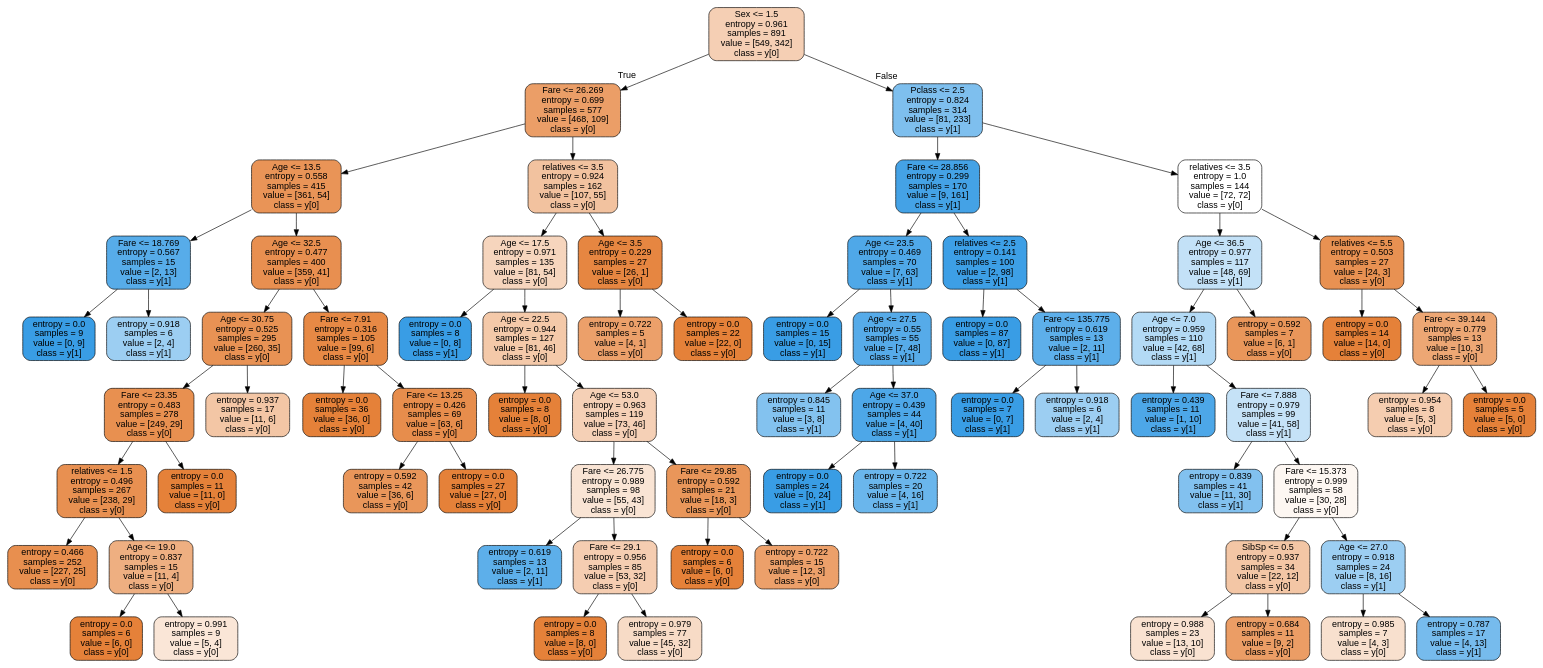
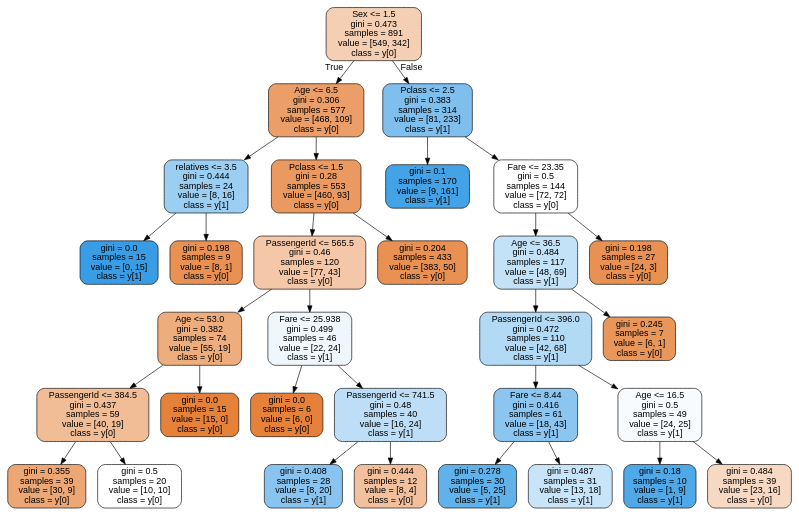
Before and after one commit to Krediann/DAKO_ryhma3: the diagram in images/titanic_final.dot, drawn with Graphviz. The commit also changed 6 other files, not shown here.

```diff
--- a/images/titanic_final.dot
+++ b/images/titanic_final.dot
@@ -1,145 +1,65 @@
 digraph Tree {
 node [shape=box, style="filled, rounded", color="black", fontname=helvetica] ;
 edge [fontname=helvetica] ;
-0 [label="Sex <= 1.5\nentropy = 0.961\nsamples = 891\nvalue = [549, 342]\nclass = y[0]", fillcolor="#f5cfb4"] ;
-1 [label="Fare <= 26.269\nentropy = 0.699\nsamples = 577\nvalue = [468, 109]\nclass = y[0]", fillcolor="#eb9e67"] ;
+0 [label="Sex <= 1.5\ngini = 0.473\nsamples = 891\nvalue = [549, 342]\nclass = y[0]", fillcolor="#f5cfb4"] ;
+1 [label="Age <= 6.5\ngini = 0.306\nsamples = 577\nvalue = [468, 109]\nclass = y[0]", fillcolor="#eb9e67"] ;
 0 -> 1 [labeldistance=2.5, labelangle=45, headlabel="True"] ;
-5 [label="Age <= 13.5\nentropy = 0.558\nsamples = 415\nvalue = [361, 54]\nclass = y[0]", fillcolor="#e99457"] ;
+5 [label="relatives <= 3.5\ngini = 0.444\nsamples = 24\nvalue = [8, 16]\nclass = y[1]", fillcolor="#9ccef2"] ;
 1 -> 5 ;
-7 [label="Fare <= 18.769\nentropy = 0.567\nsamples = 15\nvalue = [2, 13]\nclass = y[1]", fillcolor="#57ace9"] ;
-5 -> 7 ;
-37 [label="entropy = 0.0\nsamples = 9\nvalue = [0, 9]\nclass = y[1]", fillcolor="#399de5"] ;
-7 -> 37 ;
-38 [label="entropy = 0.918\nsamples = 6\nvalue = [2, 4]\nclass = y[1]", fillcolor="#9ccef2"] ;
-7 -> 38 ;
-8 [label="Age <= 32.5\nentropy = 0.477\nsamples = 400\nvalue = [359, 41]\nclass = y[0]", fillcolor="#e88f50"] ;
-5 -> 8 ;
-43 [label="Age <= 30.75\nentropy = 0.525\nsamples = 295\nvalue = [260, 35]\nclass = y[0]", fillcolor="#e89254"] ;
-8 -> 43 ;
-45 [label="Fare <= 23.35\nentropy = 0.483\nsamples = 278\nvalue = [249, 29]\nclass = y[0]", fillcolor="#e89050"] ;
-43 -> 45 ;
-55 [label="relatives <= 1.5\nentropy = 0.496\nsamples = 267\nvalue = [238, 29]\nclass = y[0]", fillcolor="#e89051"] ;
-45 -> 55 ;
-57 [label="entropy = 0.466\nsamples = 252\nvalue = [227, 25]\nclass = y[0]", fillcolor="#e88f4f"] ;
-55 -> 57 ;
-58 [label="Age <= 19.0\nentropy = 0.837\nsamples = 15\nvalue = [11, 4]\nclass = y[0]", fillcolor="#eeaf81"] ;
-55 -> 58 ;
-59 [label="entropy = 0.0\nsamples = 6\nvalue = [6, 0]\nclass = y[0]", fillcolor="#e58139"] ;
-58 -> 59 ;
-60 [label="entropy = 0.991\nsamples = 9\nvalue = [5, 4]\nclass = y[0]", fillcolor="#fae6d7"] ;
-58 -> 60 ;
-56 [label="entropy = 0.0\nsamples = 11\nvalue = [11, 0]\nclass = y[0]", fillcolor="#e58139"] ;
-45 -> 56 ;
-46 [label="entropy = 0.937\nsamples = 17\nvalue = [11, 6]\nclass = y[0]", fillcolor="#f3c6a5"] ;
-43 -> 46 ;
-44 [label="Fare <= 7.91\nentropy = 0.316\nsamples = 105\nvalue = [99, 6]\nclass = y[0]", fillcolor="#e78945"] ;
-8 -> 44 ;
-47 [label="entropy = 0.0\nsamples = 36\nvalue = [36, 0]\nclass = y[0]", fillcolor="#e58139"] ;
-44 -> 47 ;
-48 [label="Fare <= 13.25\nentropy = 0.426\nsamples = 69\nvalue = [63, 6]\nclass = y[0]", fillcolor="#e78d4c"] ;
-44 -> 48 ;
-49 [label="entropy = 0.592\nsamples = 42\nvalue = [36, 6]\nclass = y[0]", fillcolor="#e9965a"] ;
-48 -> 49 ;
-50 [label="entropy = 0.0\nsamples = 27\nvalue = [27, 0]\nclass = y[0]", fillcolor="#e58139"] ;
-48 -> 50 ;
-6 [label="relatives <= 3.5\nentropy = 0.924\nsamples = 162\nvalue = [107, 55]\nclass = y[0]", fillcolor="#f2c29f"] ;
+11 [label="gini = 0.0\nsamples = 15\nvalue = [0, 15]\nclass = y[1]", fillcolor="#399de5"] ;
+5 -> 11 ;
+12 [label="gini = 0.198\nsamples = 9\nvalue = [8, 1]\nclass = y[0]", fillcolor="#e89152"] ;
+5 -> 12 ;
+6 [label="Pclass <= 1.5\ngini = 0.28\nsamples = 553\nvalue = [460, 93]\nclass = y[0]", fillcolor="#ea9a61"] ;
 1 -> 6 ;
-11 [label="Age <= 17.5\nentropy = 0.971\nsamples = 135\nvalue = [81, 54]\nclass = y[0]", fillcolor="#f6d5bd"] ;
-6 -> 11 ;
-13 [label="entropy = 0.0\nsamples = 8\nvalue = [0, 8]\nclass = y[1]", fillcolor="#399de5"] ;
-11 -> 13 ;
-14 [label="Age <= 22.5\nentropy = 0.944\nsamples = 127\nvalue = [81, 46]\nclass = y[0]", fillcolor="#f4c9a9"] ;
-11 -> 14 ;
-15 [label="entropy = 0.0\nsamples = 8\nvalue = [8, 0]\nclass = y[0]", fillcolor="#e58139"] ;
+7 [label="PassengerId <= 565.5\ngini = 0.46\nsamples = 120\nvalue = [77, 43]\nclass = y[0]", fillcolor="#f4c7a8"] ;
+6 -> 7 ;
+13 [label="Age <= 53.0\ngini = 0.382\nsamples = 74\nvalue = [55, 19]\nclass = y[0]", fillcolor="#eead7d"] ;
+7 -> 13 ;
+19 [label="PassengerId <= 384.5\ngini = 0.437\nsamples = 59\nvalue = [40, 19]\nclass = y[0]", fillcolor="#f1bd97"] ;
+13 -> 19 ;
+29 [label="gini = 0.355\nsamples = 39\nvalue = [30, 9]\nclass = y[0]", fillcolor="#eda774"] ;
+19 -> 29 ;
+30 [label="gini = 0.5\nsamples = 20\nvalue = [10, 10]\nclass = y[0]", fillcolor="#ffffff"] ;
+19 -> 30 ;
+20 [label="gini = 0.0\nsamples = 15\nvalue = [15, 0]\nclass = y[0]", fillcolor="#e58139"] ;
+13 -> 20 ;
+14 [label="Fare <= 25.938\ngini = 0.499\nsamples = 46\nvalue = [22, 24]\nclass = y[1]", fillcolor="#eff7fd"] ;
+7 -> 14 ;
+15 [label="gini = 0.0\nsamples = 6\nvalue = [6, 0]\nclass = y[0]", fillcolor="#e58139"] ;
 14 -> 15 ;
-16 [label="Age <= 53.0\nentropy = 0.963\nsamples = 119\nvalue = [73, 46]\nclass = y[0]", fillcolor="#f5d0b6"] ;
+16 [label="PassengerId <= 741.5\ngini = 0.48\nsamples = 40\nvalue = [16, 24]\nclass = y[1]", fillcolor="#bddef6"] ;
 14 -> 16 ;
-17 [label="Fare <= 26.775\nentropy = 0.989\nsamples = 98\nvalue = [55, 43]\nclass = y[0]", fillcolor="#f9e4d4"] ;
-16 -> 17 ;
-19 [label="entropy = 0.619\nsamples = 13\nvalue = [2, 11]\nclass = y[1]", fillcolor="#5dafea"] ;
-17 -> 19 ;
-20 [label="Fare <= 29.1\nentropy = 0.956\nsamples = 85\nvalue = [53, 32]\nclass = y[0]", fillcolor="#f5cdb1"] ;
-17 -> 20 ;
-21 [label="entropy = 0.0\nsamples = 8\nvalue = [8, 0]\nclass = y[0]", fillcolor="#e58139"] ;
-20 -> 21 ;
-22 [label="entropy = 0.979\nsamples = 77\nvalue = [45, 32]\nclass = y[0]", fillcolor="#f7dbc6"] ;
-20 -> 22 ;
-18 [label="Fare <= 29.85\nentropy = 0.592\nsamples = 21\nvalue = [18, 3]\nclass = y[0]", fillcolor="#e9965a"] ;
-16 -> 18 ;
-69 [label="entropy = 0.0\nsamples = 6\nvalue = [6, 0]\nclass = y[0]", fillcolor="#e58139"] ;
-18 -> 69 ;
-70 [label="entropy = 0.722\nsamples = 15\nvalue = [12, 3]\nclass = y[0]", fillcolor="#eca06a"] ;
-18 -> 70 ;
-12 [label="Age <= 3.5\nentropy = 0.229\nsamples = 27\nvalue = [26, 1]\nclass = y[0]", fillcolor="#e68641"] ;
-6 -> 12 ;
-41 [label="entropy = 0.722\nsamples = 5\nvalue = [4, 1]\nclass = y[0]", fillcolor="#eca06a"] ;
-12 -> 41 ;
-42 [label="entropy = 0.0\nsamples = 22\nvalue = [22, 0]\nclass = y[0]", fillcolor="#e58139"] ;
-12 -> 42 ;
-2 [label="Pclass <= 2.5\nentropy = 0.824\nsamples = 314\nvalue = [81, 233]\nclass = y[1]", fillcolor="#7ebfee"] ;
+21 [label="gini = 0.408\nsamples = 28\nvalue = [8, 20]\nclass = y[1]", fillcolor="#88c4ef"] ;
+16 -> 21 ;
+22 [label="gini = 0.444\nsamples = 12\nvalue = [8, 4]\nclass = y[0]", fillcolor="#f2c09c"] ;
+16 -> 22 ;
+8 [label="gini = 0.204\nsamples = 433\nvalue = [383, 50]\nclass = y[0]", fillcolor="#e89153"] ;
+6 -> 8 ;
+2 [label="Pclass <= 2.5\ngini = 0.383\nsamples = 314\nvalue = [81, 233]\nclass = y[1]", fillcolor="#7ebfee"] ;
 0 -> 2 [labeldistance=2.5, labelangle=-45, headlabel="False"] ;
-3 [label="Fare <= 28.856\nentropy = 0.299\nsamples = 170\nvalue = [9, 161]\nclass = y[1]", fillcolor="#44a2e6"] ;
+3 [label="gini = 0.1\nsamples = 170\nvalue = [9, 161]\nclass = y[1]", fillcolor="#44a2e6"] ;
 2 -> 3 ;
-25 [label="Age <= 23.5\nentropy = 0.469\nsamples = 70\nvalue = [7, 63]\nclass = y[1]", fillcolor="#4fa8e8"] ;
-3 -> 25 ;
-39 [label="entropy = 0.0\nsamples = 15\nvalue = [0, 15]\nclass = y[1]", fillcolor="#399de5"] ;
-25 -> 39 ;
-40 [label="Age <= 27.5\nentropy = 0.55\nsamples = 55\nvalue = [7, 48]\nclass = y[1]", fillcolor="#56abe9"] ;
-25 -> 40 ;
-63 [label="entropy = 0.845\nsamples = 11\nvalue = [3, 8]\nclass = y[1]", fillcolor="#83c2ef"] ;
-40 -> 63 ;
-64 [label="Age <= 37.0\nentropy = 0.439\nsamples = 44\nvalue = [4, 40]\nclass = y[1]", fillcolor="#4da7e8"] ;
-40 -> 64 ;
-65 [label="entropy = 0.0\nsamples = 24\nvalue = [0, 24]\nclass = y[1]", fillcolor="#399de5"] ;
-64 -> 65 ;
-66 [label="entropy = 0.722\nsamples = 20\nvalue = [4, 16]\nclass = y[1]", fillcolor="#6ab6ec"] ;
-64 -> 66 ;
-26 [label="relatives <= 2.5\nentropy = 0.141\nsamples = 100\nvalue = [2, 98]\nclass = y[1]", fillcolor="#3d9fe6"] ;
-3 -> 26 ;
-27 [label="entropy = 0.0\nsamples = 87\nvalue = [0, 87]\nclass = y[1]", fillcolor="#399de5"] ;
-26 -> 27 ;
-28 [label="Fare <= 135.775\nentropy = 0.619\nsamples = 13\nvalue = [2, 11]\nclass = y[1]", fillcolor="#5dafea"] ;
-26 -> 28 ;
-51 [label="entropy = 0.0\nsamples = 7\nvalue = [0, 7]\nclass = y[1]", fillcolor="#399de5"] ;
-28 -> 51 ;
-52 [label="entropy = 0.918\nsamples = 6\nvalue = [2, 4]\nclass = y[1]", fillcolor="#9ccef2"] ;
-28 -> 52 ;
-4 [label="relatives <= 3.5\nentropy = 1.0\nsamples = 144\nvalue = [72, 72]\nclass = y[0]", fillcolor="#ffffff"] ;
+4 [label="Fare <= 23.35\ngini = 0.5\nsamples = 144\nvalue = [72, 72]\nclass = y[0]", fillcolor="#ffffff"] ;
 2 -> 4 ;
-9 [label="Age <= 36.5\nentropy = 0.977\nsamples = 117\nvalue = [48, 69]\nclass = y[1]", fillcolor="#c3e1f7"] ;
+9 [label="Age <= 36.5\ngini = 0.484\nsamples = 117\nvalue = [48, 69]\nclass = y[1]", fillcolor="#c3e1f7"] ;
 4 -> 9 ;
-23 [label="Age <= 7.0\nentropy = 0.959\nsamples = 110\nvalue = [42, 68]\nclass = y[1]", fillcolor="#b3daf5"] ;
-9 -> 23 ;
-29 [label="entropy = 0.439\nsamples = 11\nvalue = [1, 10]\nclass = y[1]", fillcolor="#4da7e8"] ;
-23 -> 29 ;
-30 [label="Fare <= 7.888\nentropy = 0.979\nsamples = 99\nvalue = [41, 58]\nclass = y[1]", fillcolor="#c5e2f7"] ;
-23 -> 30 ;
-31 [label="entropy = 0.839\nsamples = 41\nvalue = [11, 30]\nclass = y[1]", fillcolor="#82c1ef"] ;
-30 -> 31 ;
-32 [label="Fare <= 15.373\nentropy = 0.999\nsamples = 58\nvalue = [30, 28]\nclass = y[0]", fillcolor="#fdf7f2"] ;
-30 -> 32 ;
-33 [label="SibSp <= 0.5\nentropy = 0.937\nsamples = 34\nvalue = [22, 12]\nclass = y[0]", fillcolor="#f3c6a5"] ;
-32 -> 33 ;
-67 [label="entropy = 0.988\nsamples = 23\nvalue = [13, 10]\nclass = y[0]", fillcolor="#f9e2d1"] ;
-33 -> 67 ;
-68 [label="entropy = 0.684\nsamples = 11\nvalue = [9, 2]\nclass = y[0]", fillcolor="#eb9d65"] ;
-33 -> 68 ;
-34 [label="Age <= 27.0\nentropy = 0.918\nsamples = 24\nvalue = [8, 16]\nclass = y[1]", fillcolor="#9ccef2"] ;
-32 -> 34 ;
-61 [label="entropy = 0.985\nsamples = 7\nvalue = [4, 3]\nclass = y[0]", fillcolor="#f8e0ce"] ;
-34 -> 61 ;
-62 [label="entropy = 0.787\nsamples = 17\nvalue = [4, 13]\nclass = y[1]", fillcolor="#76bbed"] ;
-34 -> 62 ;
-24 [label="entropy = 0.592\nsamples = 7\nvalue = [6, 1]\nclass = y[0]", fillcolor="#e9965a"] ;
-9 -> 24 ;
-10 [label="relatives <= 5.5\nentropy = 0.503\nsamples = 27\nvalue = [24, 3]\nclass = y[0]", fillcolor="#e89152"] ;
+17 [label="PassengerId <= 396.0\ngini = 0.472\nsamples = 110\nvalue = [42, 68]\nclass = y[1]", fillcolor="#b3daf5"] ;
+9 -> 17 ;
+23 [label="Fare <= 8.44\ngini = 0.416\nsamples = 61\nvalue = [18, 43]\nclass = y[1]", fillcolor="#8cc6f0"] ;
+17 -> 23 ;
+27 [label="gini = 0.278\nsamples = 30\nvalue = [5, 25]\nclass = y[1]", fillcolor="#61b1ea"] ;
+23 -> 27 ;
+28 [label="gini = 0.487\nsamples = 31\nvalue = [13, 18]\nclass = y[1]", fillcolor="#c8e4f8"] ;
+23 -> 28 ;
+24 [label="Age <= 16.5\ngini = 0.5\nsamples = 49\nvalue = [24, 25]\nclass = y[1]", fillcolor="#f7fbfe"] ;
+17 -> 24 ;
+25 [label="gini = 0.18\nsamples = 10\nvalue = [1, 9]\nclass = y[1]", fillcolor="#4fa8e8"] ;
+24 -> 25 ;
+26 [label="gini = 0.484\nsamples = 39\nvalue = [23, 16]\nclass = y[0]", fillcolor="#f7d9c3"] ;
+24 -> 26 ;
+18 [label="gini = 0.245\nsamples = 7\nvalue = [6, 1]\nclass = y[0]", fillcolor="#e9965a"] ;
+9 -> 18 ;
+10 [label="gini = 0.198\nsamples = 27\nvalue = [24, 3]\nclass = y[0]", fillcolor="#e89152"] ;
 4 -> 10 ;
-35 [label="entropy = 0.0\nsamples = 14\nvalue = [14, 0]\nclass = y[0]", fillcolor="#e58139"] ;
-10 -> 35 ;
-36 [label="Fare <= 39.144\nentropy = 0.779\nsamples = 13\nvalue = [10, 3]\nclass = y[0]", fillcolor="#eda774"] ;
-10 -> 36 ;
-53 [label="entropy = 0.954\nsamples = 8\nvalue = [5, 3]\nclass = y[0]", fillcolor="#f5cdb0"] ;
-36 -> 53 ;
-54 [label="entropy = 0.0\nsamples = 5\nvalue = [5, 0]\nclass = y[0]", fillcolor="#e58139"] ;
-36 -> 54 ;
 }
```
